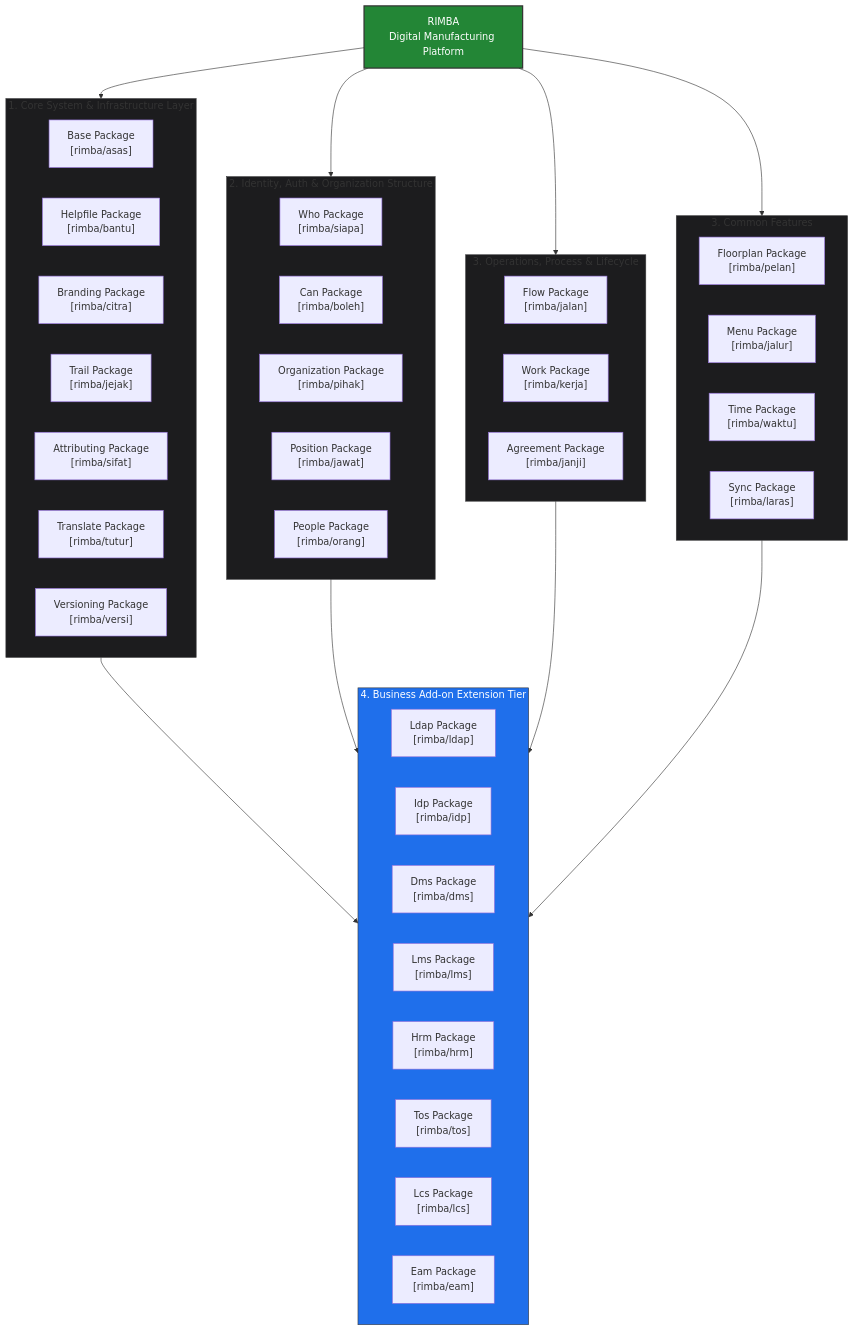
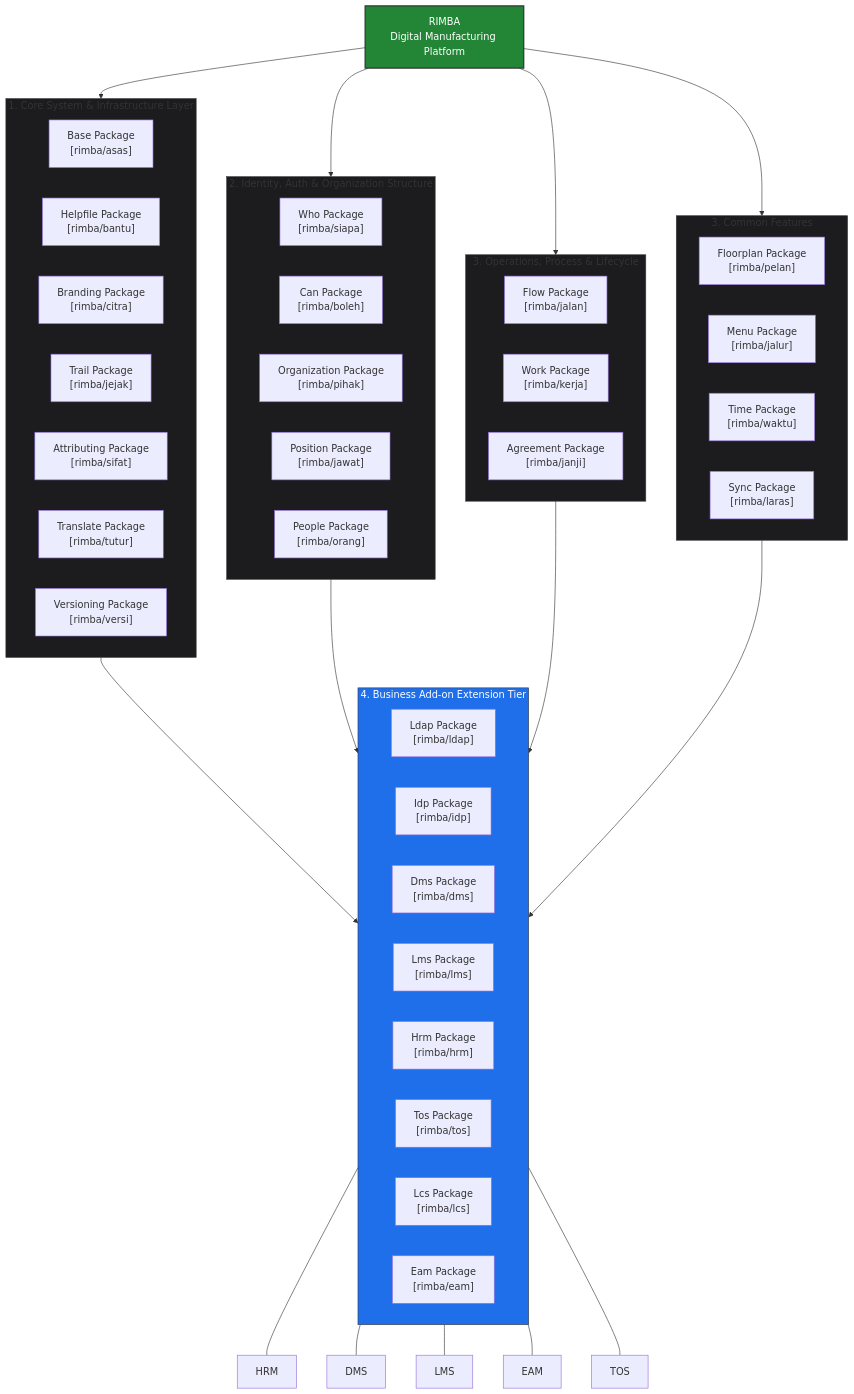
The diagram in repo/references/rimba.md (bit-es/curio), drawn with Mermaid before and after one commit.

````diff
--- a/repo/references/rimba.md
+++ b/repo/references/rimba.md
@@ -62,72 +62,78 @@
 ```mermaid
 graph TD
     %% Main Platform Hub
     Rimba["RIMBA<br/>Digital Manufacturing Platform"]
 
     %% Core System Infrastructure Layer
     subgraph Core ["1. Core System & Infrastructure Layer"]
         Asas["Base Package<br/>[rimba/asas]"]
         Bantu["Helpfile Package<br/>[rimba/bantu]"]
         Citra["Branding Package<br/>[rimba/citra]"]
         Jejak["Trail Package<br/>[rimba/jejak]"]
         Sifat["Attributing Package<br/>[rimba/sifat]"]
         Tutur["Translate Package<br/>[rimba/tutur]"]
         Versi["Versioning Package<br/>[rimba/versi]"]
     end
 
     %% Identity, Auth, & Structure Layer
     subgraph Governance ["2. Identity, Auth & Organization Structure"]
         Siapa["Who Package<br/>[rimba/siapa]"]
         Boleh["Can Package<br/>[rimba/boleh]"]
         Pihak["Organization Package<br/>[rimba/pihak]"]
         Jawat["Position Package<br/>[rimba/jawat]"]
         Orang["People Package<br/>[rimba/orang]"]
     end
 
     %% Operations, Process & Lifecycle Layer
     subgraph Operations ["3. Operations, Process & Lifecycle"]
         Jalan["Flow Package<br/>[rimba/jalan]"]
         Kerja["Work Package<br/>[rimba/kerja]"]
         Janji["Agreement Package<br/>[rimba/janji]"]
     end
 
     %% Common Features Layer
     subgraph Common ["3. Common Features"]
         Pelan["Floorplan Package<br/>[rimba/pelan]"]
         Jalur["Menu Package<br/>[rimba/jalur]"]
         Waktu["Time Package<br/>[rimba/waktu]"]
         Laras["Sync Package<br/>[rimba/laras]"]
     end
 
     %% Business Add-ons Tier
     subgraph AddOns ["4. Business Add-on Extension Tier"]
         Ldap["Ldap Package<br/>[rimba/ldap]"]
         Idp["Idp Package<br/>[rimba/idp]"]
         Dms["Dms Package<br/>[rimba/dms]"]
         Lms["Lms Package<br/>[rimba/lms]"]
         Hrm["Hrm Package<br/>[rimba/hrm]"]
         Tos["Tos Package<br/>[rimba/tos]"]
         Lcs["Lcs Package<br/>[rimba/lcs]"]
         Eam["Eam Package<br/>[rimba/eam]"]
     end
 
     %% High-level Architecture Flow Connections
     Rimba --> Core
     Rimba --> Governance
     Rimba --> Operations
     Rimba --> Common
     
     %% Architectural Tier Progression
     Core --> AddOns
     Governance --> AddOns
     Operations --> AddOns
     Common --> AddOns
 
+    AddOns --- HRM
+    AddOns --- DMS
+    AddOns --- LMS
+    AddOns --- EAM
+    AddOns --- TOS
+
     %% Visual Styling for GitHub Compatibility
     style Rimba fill:#238636,stroke:#333,stroke-width:2px,color:#fff
     style Core fill:#1c1c1e,stroke:#3a3a3c,stroke-width:1px
     style Governance fill:#1c1c1e,stroke:#3a3a3c,stroke-width:1px
     style Operations fill:#1c1c1e,stroke:#3a3a3c,stroke-width:1px
     style Common fill:#1c1c1e,stroke:#3a3a3c,stroke-width:1px
     style AddOns fill:#1f6feb,stroke:#3a3a3c,stroke-width:1px,color:#fff
 ```
````
